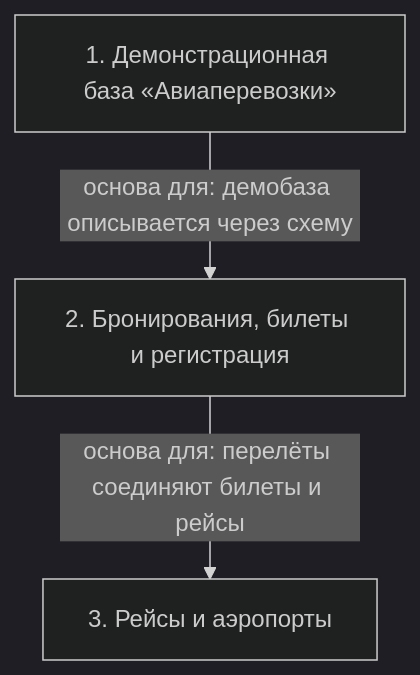
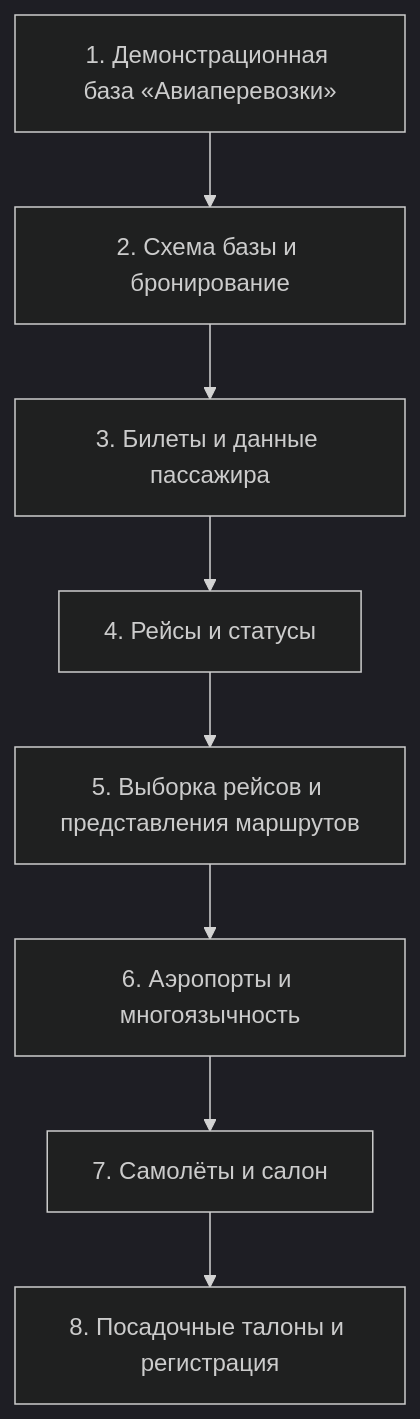
One commit to AsoloCode/notes changed the diagram in postgres-qpt/02 - QPT-16. 01. Авиаперевозки/notes.md. Above: the diagram before and after it, drawn with Mermaid (dark theme). The commit also changed other lines of this file and 503 other files, not shown here.

First line of the commit message:
Обновить конспекты PostgreSQL (QPT-16, DEV1-16): слайды, схемы, факт-чек

````diff
--- a/postgres-qpt/02 - QPT-16. 01. Авиаперевозки/notes.md
+++ b/postgres-qpt/02 - QPT-16. 01. Авиаперевозки/notes.md
@@ -87,8 +278,18 @@
 ```mermaid
 flowchart TD
     n1["1. Демонстрационная база «Авиаперевозки»"]
-    n2["2. Бронирования, билеты и регистрация"]
-    n3["3. Рейсы и аэропорты"]
-    n1 -->|основа для: демобаза описывается через схему| n2
-    n2 -->|основа для: перелёты соединяют билеты и рейсы| n3
+    n2["2. Схема базы и бронирование"]
+    n3["3. Билеты и данные пассажира"]
+    n4["4. Рейсы и статусы"]
+    n5["5. Выборка рейсов и представления маршрутов"]
+    n6["6. Аэропорты и многоязычность"]
+    n7["7. Самолёты и салон"]
+    n8["8. Посадочные талоны и регистрация"]
+    n1 --> n2
+    n2 --> n3
+    n3 --> n4
+    n4 --> n5
+    n5 --> n6
+    n6 --> n7
+    n7 --> n8
 ```
````
